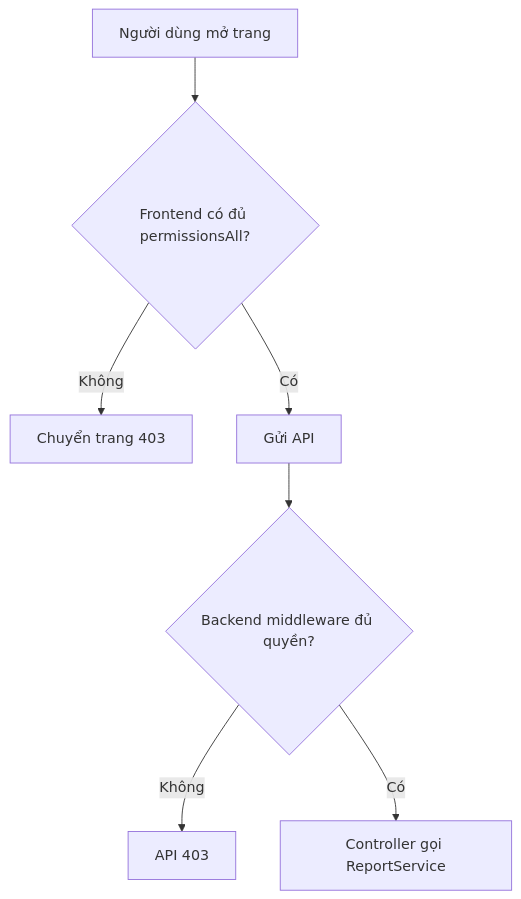
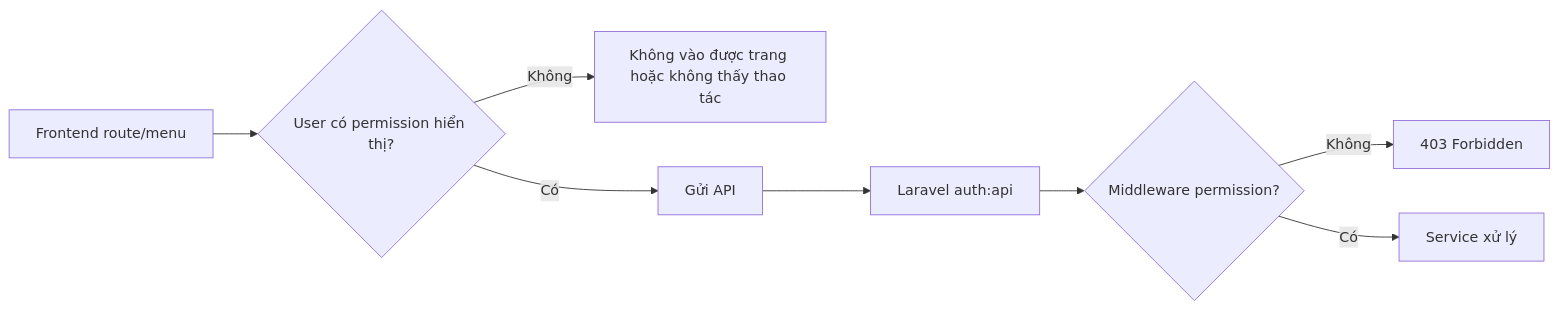
Before and after one commit to hieu92264/HALINHTRAVEL-API: the fourth of 8 diagrams in docs/training/nguyen-nhat-quang-so-tay-tu-hoc.md, drawn with Mermaid. The commit also changed other lines of this file and 2 other files, not shown here.

````diff
--- a/docs/training/nguyen-nhat-quang-so-tay-tu-hoc.md
+++ b/docs/training/nguyen-nhat-quang-so-tay-tu-hoc.md
@@ -336,9 +296,10 @@
 ```mermaid
-flowchart TD
-    A[Người dùng mở trang] --> B{Frontend có đủ permissionsAll?}
-    B -- Không --> C[Chuyển trang 403]
-    B -- Có --> D[Gửi API]
-    D --> E{Backend middleware đủ quyền?}
-    E -- Không --> F[API 403]
-    E -- Có --> G[Controller gọi ReportService]
+flowchart LR
+    A[Frontend route/menu] --> B{User có permission hiển thị?}
+    B -->|Không| C[Không vào được trang hoặc không thấy thao tác]
+    B -->|Có| D[Gửi API]
+    D --> E[Laravel auth:api]
+    E --> F{Middleware permission?}
+    F -->|Không| G[403 Forbidden]
+    F -->|Có| H[Service xử lý]
 ```
````
